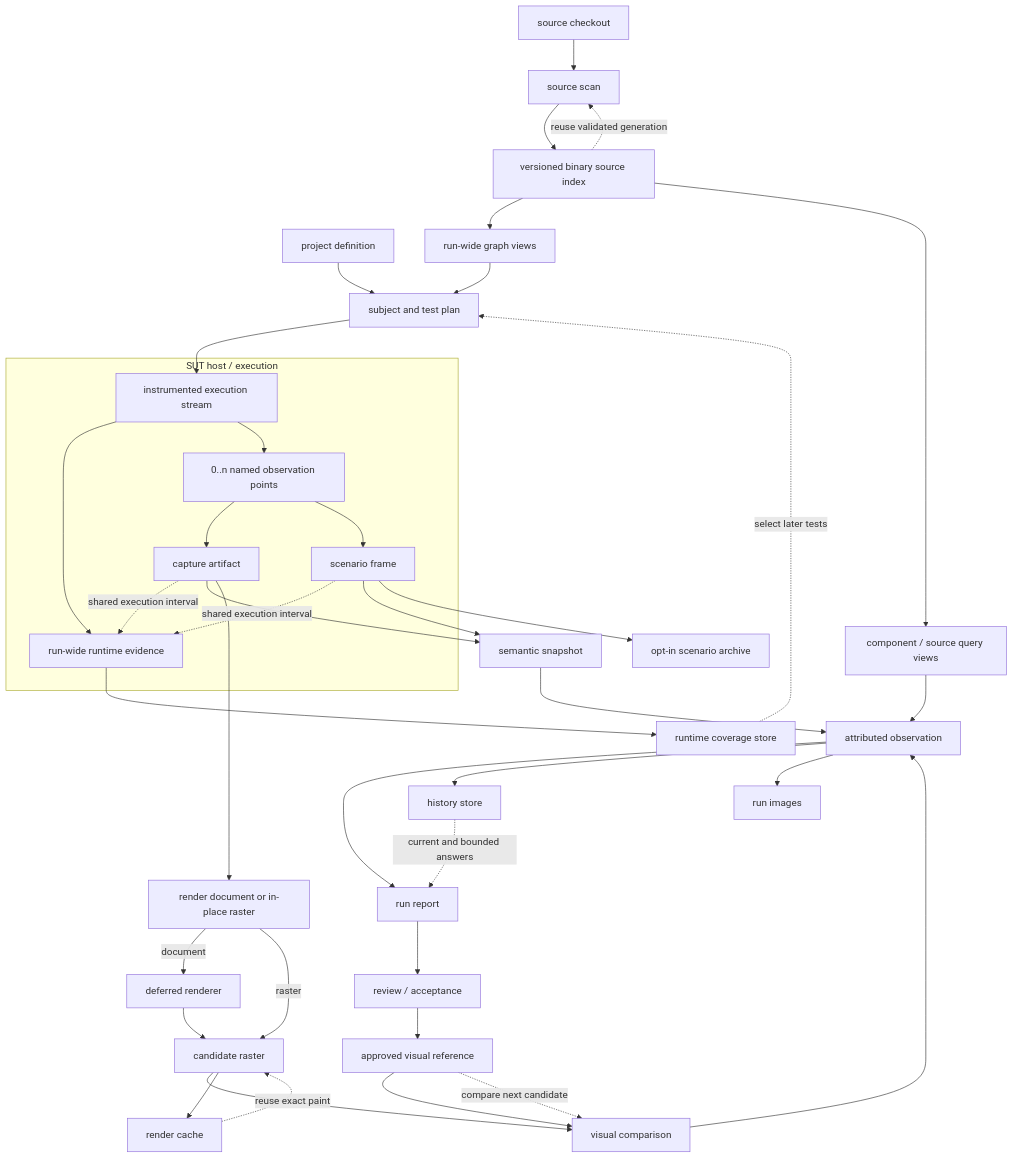
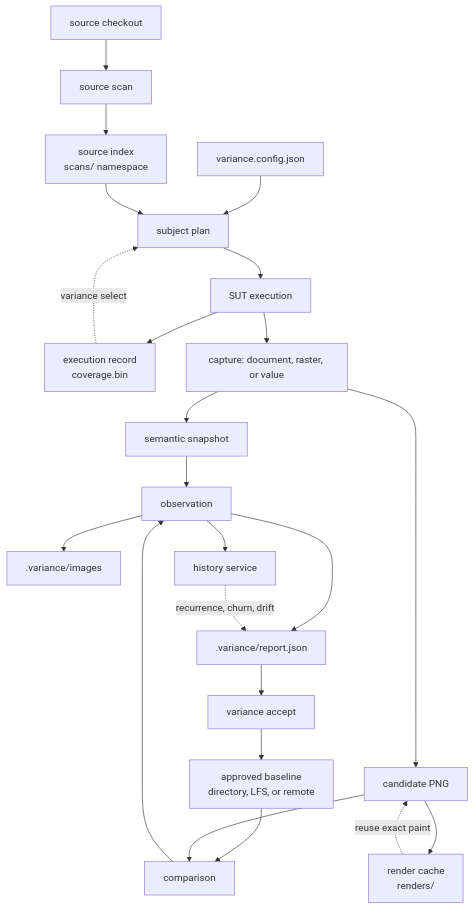
The diagram in docs/information.md (Variance-Authority/variance-authority), drawn with Mermaid before and after one commit. The commit also changed other lines of this file and 43 other files, not shown here.

````diff
--- a/docs/information.md
+++ b/docs/information.md
@@ -40,57 +124,32 @@
 ```mermaid
 flowchart TD
-  accTitle: Variance Authority information exchange and retention
-  accDescr: Project, source, and SUT inputs become independently retained reports, evidence, references, histories, and reusable caches.
-  Config["project definition"] --> Plan["subject and test plan"]
+  accTitle: What a run reads and what it writes
+  accDescr: Configuration, checkout and SUT host produce a report, review images, and the caches and stores a later run reads back.
+  Config["variance.config.json"] --> Plan["subject plan"]
   Checkout["source checkout"] --> Scan["source scan"]
-  Scan --> SourceStore["versioned binary source index"]
-  SourceStore --> SourceGraph["run-wide graph views"]
-  SourceStore --> SourceIndex["component / source query views"]
-  SourceGraph --> Plan
+  Scan --> SourceStore["source index<br/>scans/ namespace"]
+  SourceStore --> Plan
 
-  subgraph SUT["SUT host / execution"]
-    Exec["instrumented execution stream"]
-    Point["0..n named observation points"]
-    Runtime["run-wide runtime evidence"]
-    Capture["capture artifact"]
-    Frame["scenario frame"]
-
-    Exec --> Runtime
-    Exec --> Point
-    Point --> Capture
-    Point --> Frame
-  end
-
-  Plan --> Exec
-  Capture -. "shared execution interval" .-> Runtime
-  Frame -. "shared execution interval" .-> Runtime
+  Plan --> Exec["SUT execution"]
+  Exec --> Coverage["execution record<br/>coverage.bin"]
+  Exec --> Capture["capture: document, raster, or value"]
 
   Capture --> Snapshot["semantic snapshot"]
-  Frame --> Snapshot
-  Capture --> Material["render document or in-place raster"]
-  Material -->|document| Renderer["deferred renderer"]
-  Renderer --> Candidate["candidate raster"]
-  Material -->|raster| Candidate
+  Capture --> Candidate["candidate PNG"]
+  RenderCache["render cache<br/>renders/"] -. "reuse exact paint" .-> Candidate
+  Candidate --> RenderCache
 
-  Candidate --> Compare["visual comparison"]
-  Baseline["approved visual reference"] --> Compare
-  Snapshot --> Observation["attributed observation"]
-  SourceIndex --> Observation
+  Baseline["approved baseline<br/>directory, LFS, or remote"] --> Compare["comparison"]
+  Candidate --> Compare
+  Snapshot --> Observation["observation"]
   Compare --> Observation
 
-  Observation --> Report["run report"]
-  Report --> Review["review / acceptance"]
-  Review --> Baseline
+  Observation --> Report[".variance/report.json"]
+  Observation --> RunImages[".variance/images"]
+  Report --> Accept["variance accept"]
+  Accept --> Baseline
 
-  Runtime --> Coverage["runtime coverage store"]
-  Frame --> ScenarioArchive["opt-in scenario archive"]
-  Observation --> History["history store"]
-  Observation --> RunImages["run images"]
-  Candidate --> RenderCache["render cache"]
-
-  Coverage -. "select later tests" .-> Plan
-  SourceStore -. "reuse validated generation" .-> Scan
-  RenderCache -. "reuse exact paint" .-> Candidate
-  History -. "current and bounded answers" .-> Report
-  Baseline -. "compare next candidate" .-> Compare
+  Observation --> History["history service"]
+  History -. "recurrence, churn, drift" .-> Report
+  Coverage -. "variance select" .-> Plan
 ```
````
